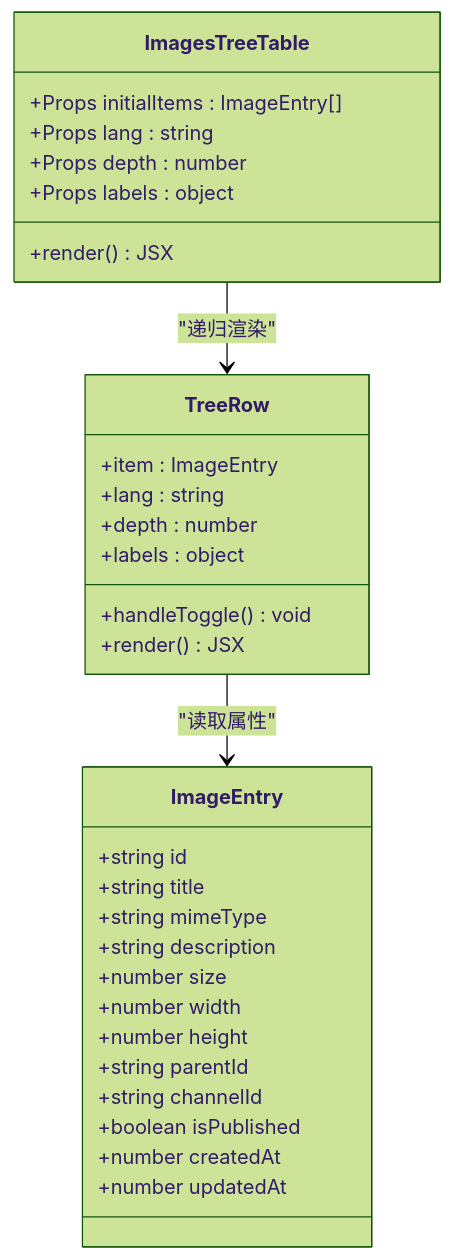
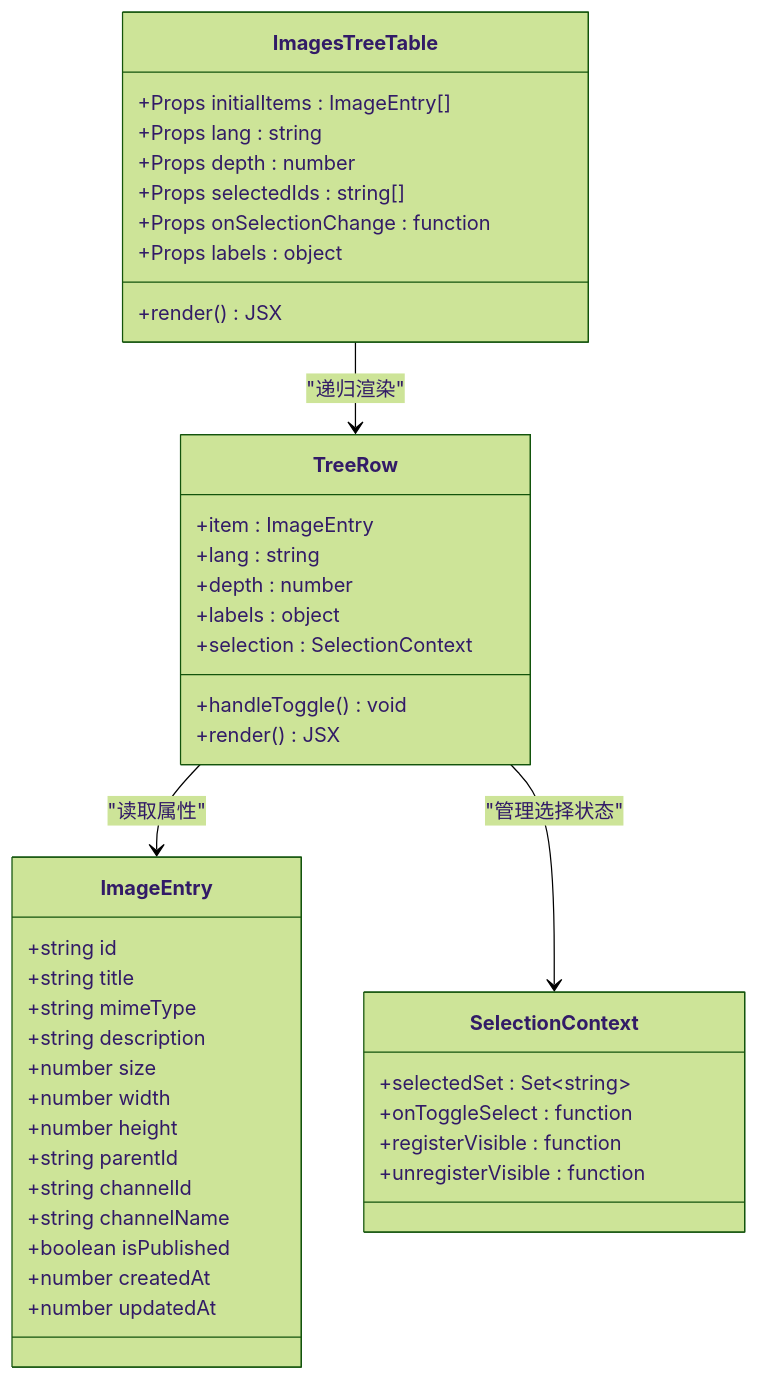
One commit to pnnh/weable changed the third of 7 diagrams in .qoder/repowiki/zh/content/前端组件/图片树形表格组件.md. Above: the diagram before and after it, drawn with Mermaid (forest theme). The commit also changed other lines of this file and 154 other files, not shown here.

````diff
--- a/.qoder/repowiki/zh/content/前端组件/图片树形表格组件.md
+++ b/.qoder/repowiki/zh/content/前端组件/图片树形表格组件.md
@@ -162,34 +177,45 @@
 ```mermaid
 classDiagram
 class ImagesTreeTable {
 +Props initialItems : ImageEntry[]
 +Props lang : string
 +Props depth : number
++Props selectedIds : string[]
++Props onSelectionChange : function
 +Props labels : object
 +render() JSX
 }
 class TreeRow {
 +item : ImageEntry
 +lang : string
 +depth : number
 +labels : object
++selection : SelectionContext
 +handleToggle() void
 +render() JSX
 }
 class ImageEntry {
 +string id
 +string title
 +string mimeType
 +string description
 +number size
 +number width
 +number height
 +string parentId
 +string channelId
++string channelName
 +boolean isPublished
 +number createdAt
 +number updatedAt
 }
+class SelectionContext {
++selectedSet : Set~string~
++onToggleSelect : function
++registerVisible : function
++unregisterVisible : function
+}
 ImagesTreeTable --> TreeRow : "递归渲染"
 TreeRow --> ImageEntry : "读取属性"
+TreeRow --> SelectionContext : "管理选择状态"
 ```
````
